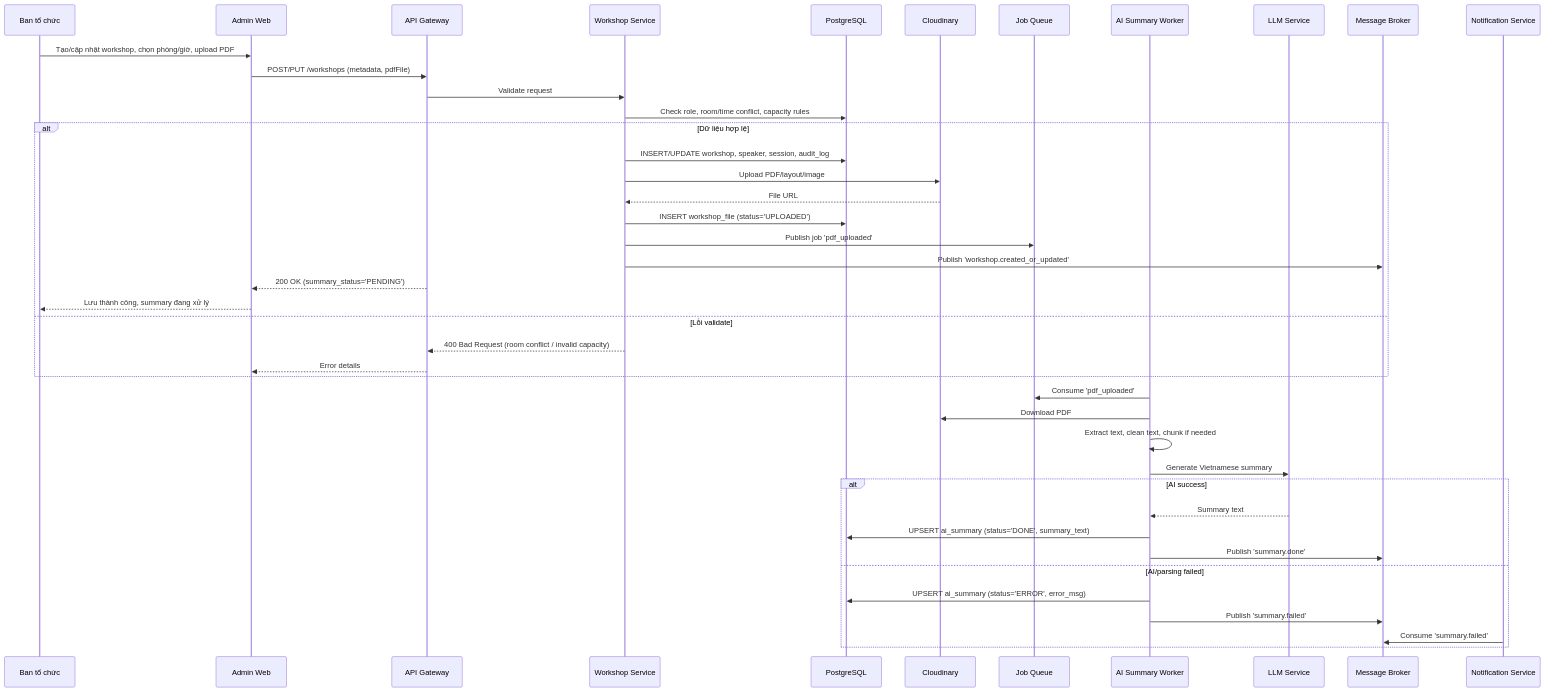
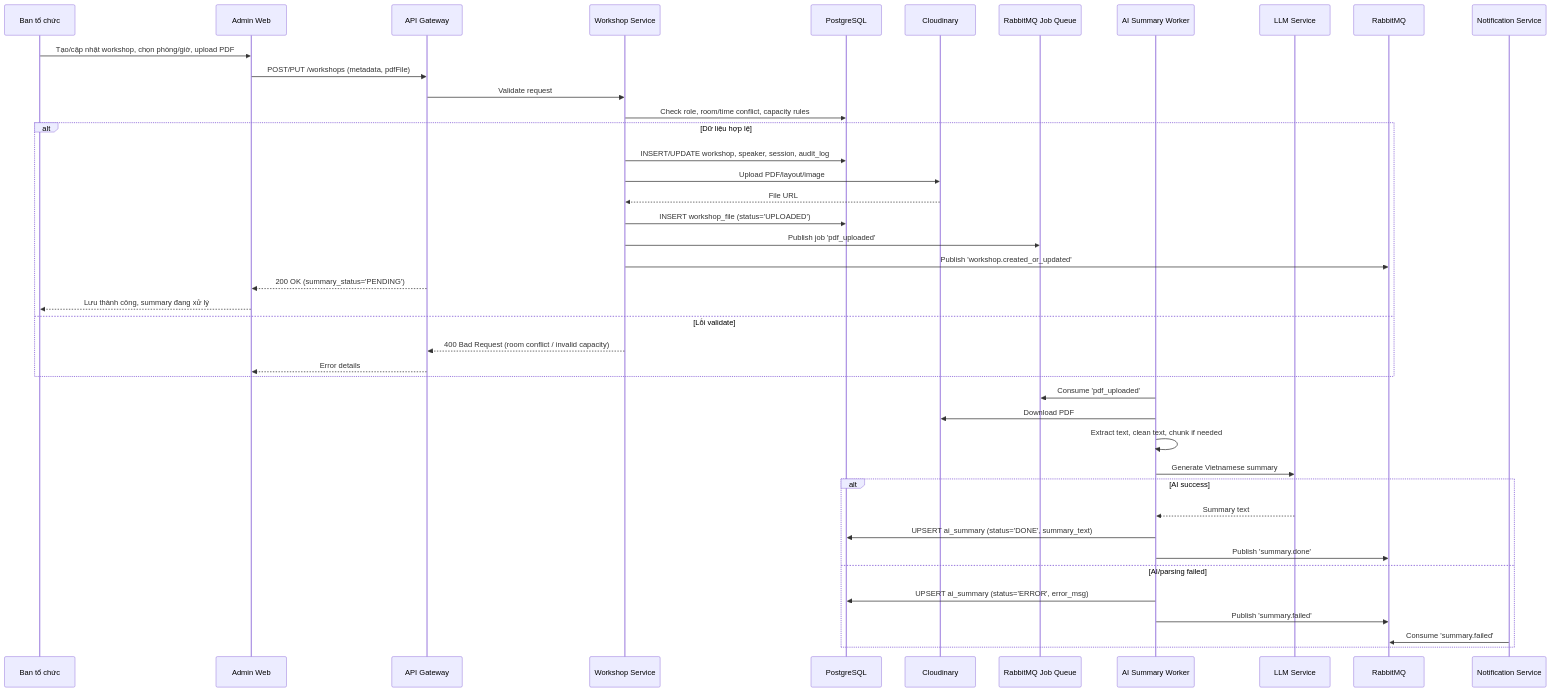
Before and after one commit to khoadanwneee/Software-Design: the ninth of 13 diagrams in docs/architecture.md, drawn with Mermaid. The commit also changed other lines of this file and 5 other files, not shown here.

First line of the commit message:
docs: replace Message Broker/Job Queue with RabbitMQ across all documentation

````diff
--- a/docs/architecture.md
+++ b/docs/architecture.md
@@ -690,48 +690,48 @@
 ```mermaid
 sequenceDiagram
     participant Organizer as Ban tổ chức
     participant AdminWeb as Admin Web
     participant API as API Gateway
     participant WorkshopSvc as Workshop Service
     participant DB as PostgreSQL
     participant Storage as Cloudinary
-    participant Jobs as Job Queue
+    participant Jobs as RabbitMQ Job Queue
     participant AIWorker as AI Summary Worker
     participant LLM as LLM Service
-    participant Broker as Message Broker
+    participant Broker as RabbitMQ
     participant NotifSvc as Notification Service
 
     Organizer->>AdminWeb: Tạo/cập nhật workshop, chọn phòng/giờ, upload PDF
     AdminWeb->>API: POST/PUT /workshops (metadata, pdfFile)
     API->>WorkshopSvc: Validate request
     WorkshopSvc->>DB: Check role, room/time conflict, capacity rules
 
     alt Dữ liệu hợp lệ
         WorkshopSvc->>DB: INSERT/UPDATE workshop, speaker, session, audit_log
         WorkshopSvc->>Storage: Upload PDF/layout/image
         Storage-->>WorkshopSvc: File URL
         WorkshopSvc->>DB: INSERT workshop_file (status='UPLOADED')
         WorkshopSvc->>Jobs: Publish job 'pdf_uploaded'
         WorkshopSvc->>Broker: Publish 'workshop.created_or_updated'
         API-->>AdminWeb: 200 OK (summary_status='PENDING')
         AdminWeb-->>Organizer: Lưu thành công, summary đang xử lý
     else Lỗi validate
         WorkshopSvc-->>API: 400 Bad Request (room conflict / invalid capacity)
         API-->>AdminWeb: Error details
     end
 
     AIWorker->>Jobs: Consume 'pdf_uploaded'
     AIWorker->>Storage: Download PDF
     AIWorker->>AIWorker: Extract text, clean text, chunk if needed
     AIWorker->>LLM: Generate Vietnamese summary
 
     alt AI success
         LLM-->>AIWorker: Summary text
         AIWorker->>DB: UPSERT ai_summary (status='DONE', summary_text)
         AIWorker->>Broker: Publish 'summary.done'
     else AI/parsing failed
         AIWorker->>DB: UPSERT ai_summary (status='ERROR', error_msg)
         AIWorker->>Broker: Publish 'summary.failed'
         NotifSvc->>Broker: Consume 'summary.failed'
     end
 ```
````
